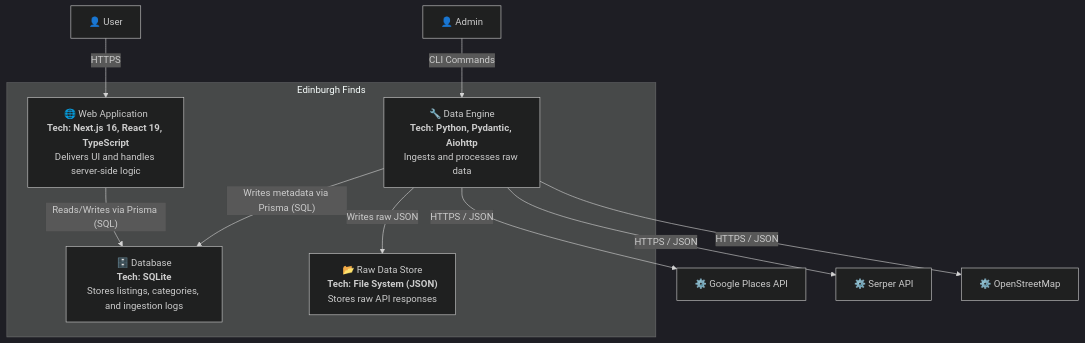
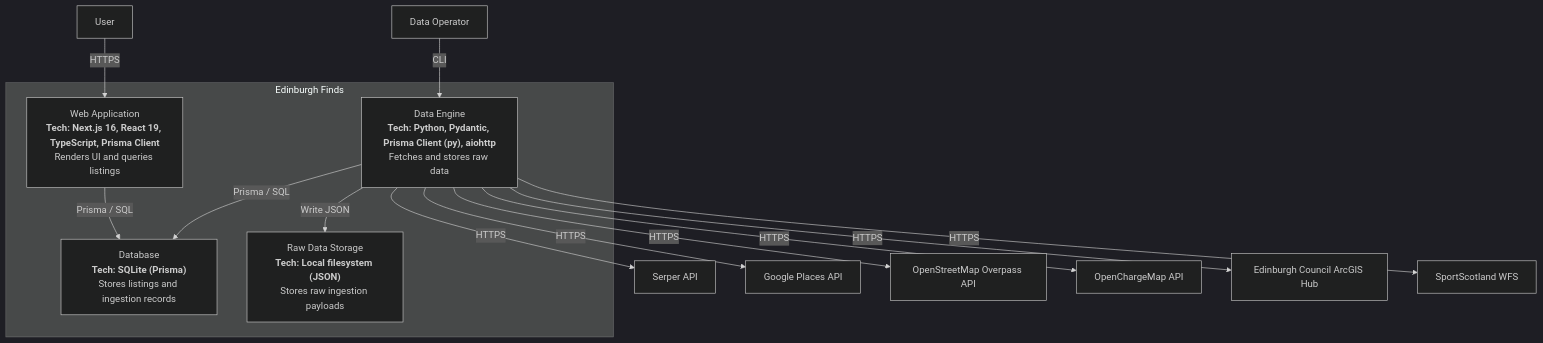
Before and after one commit to LarjGit/edinburgh-finds: the diagram in docs/architecture/c4-level2-container.md, drawn with Mermaid (dark theme). The commit also changed other lines of this file and 8 other files, not shown here.

Commit message:
docs: update mermaid standards and C4 diagrams

````diff
--- a/docs/architecture/c4-level2-container.md
+++ b/docs/architecture/c4-level2-container.md
@@ -12,32 +12,33 @@
 ```mermaid
 graph TB
-    %% Users
-    User["👤 User"]
-    Admin["👤 Admin"]
+    User["User"]
+    Operator["Data Operator"]
 
-    %% System Boundary
     subgraph System["Edinburgh Finds"]
-        WebApp["🌐 Web Application<br/><b>Tech: Next.js 16, React 19, TypeScript</b><br/>Delivers UI and handles server-side logic"]
-        DataEngine["🔧 Data Engine<br/><b>Tech: Python, Pydantic, Aiohttp</b><br/>Ingests and processes raw data"]
-        DB["🗄️ Database<br/><b>Tech: SQLite</b><br/>Stores listings, categories, and ingestion logs"]
-        FileStore["📂 Raw Data Store<br/><b>Tech: File System (JSON)</b><br/>Stores raw API responses"]
+        Web["Web Application<br/><b>Tech: Next.js 16, React 19, TypeScript, Prisma Client</b><br/>Renders UI and queries listings"]
+        DataEngine["Data Engine<br/><b>Tech: Python, Pydantic, Prisma Client (py), aiohttp</b><br/>Fetches and stores raw data"]
+        DB["Database<br/><b>Tech: SQLite (Prisma)</b><br/>Stores listings and ingestion records"]
+        RawStorage["Raw Data Storage<br/><b>Tech: Local filesystem (JSON)</b><br/>Stores raw ingestion payloads"]
     end
 
-    %% External Systems
-    GooglePlaces["⚙️ Google Places API"]
-    Serper["⚙️ Serper API"]
-    OSM["⚙️ OpenStreetMap"]
+    Serper["Serper API"]
+    GooglePlaces["Google Places API"]
+    OSM["OpenStreetMap Overpass API"]
+    OpenChargeMap["OpenChargeMap API"]
+    EdinburghCouncil["Edinburgh Council ArcGIS Hub"]
+    SportScotland["SportScotland WFS"]
 
-    %% Relationships
-    User -->|"HTTPS"| WebApp
-    Admin -->|"CLI Commands"| DataEngine
-    
-    WebApp -->|"Reads/Writes via Prisma (SQL)"| DB
-    
-    DataEngine -->|"Writes metadata via Prisma (SQL)"| DB
-    DataEngine -->|"Writes raw JSON"| FileStore
-    
-    DataEngine -->|"HTTPS / JSON"| GooglePlaces
-    DataEngine -->|"HTTPS / JSON"| Serper
-    DataEngine -->|"HTTPS / JSON"| OSM
+    User -->|"HTTPS"| Web
+    Operator -->|"CLI"| DataEngine
+
+    Web -->|"Prisma / SQL"| DB
+    DataEngine -->|"Prisma / SQL"| DB
+    DataEngine -->|"Write JSON"| RawStorage
+
+    DataEngine -->|"HTTPS"| Serper
+    DataEngine -->|"HTTPS"| GooglePlaces
+    DataEngine -->|"HTTPS"| OSM
+    DataEngine -->|"HTTPS"| OpenChargeMap
+    DataEngine -->|"HTTPS"| EdinburghCouncil
+    DataEngine -->|"HTTPS"| SportScotland
 ```
````
